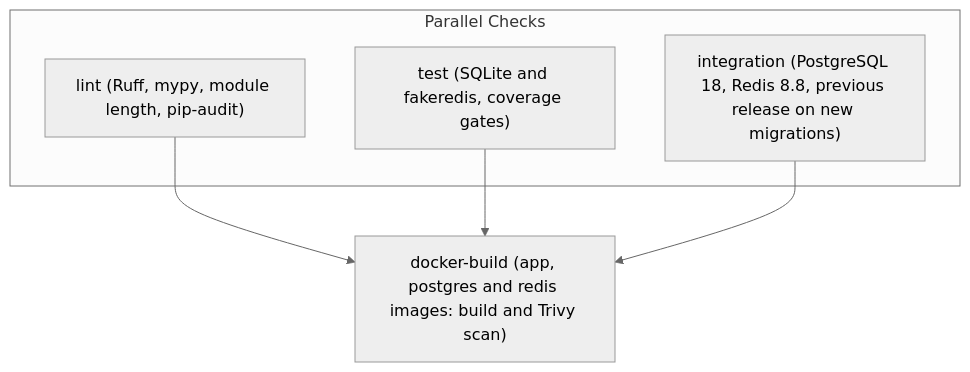
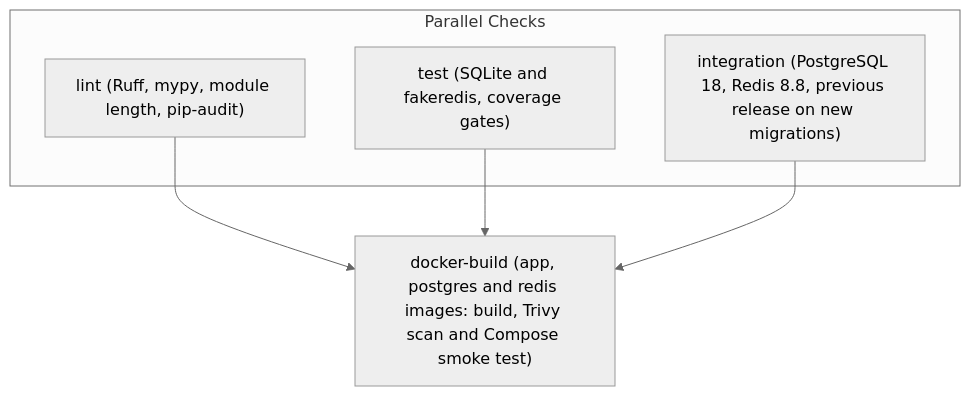
The second of 2 diagrams in docs/TESTING.md (nadeko0/fastapi_e-commerce_backend), drawn with Mermaid (neutral theme) before and after one commit. The commit also changed other lines of this file and 3 other files, not shown here.

````diff
--- a/docs/TESTING.md
+++ b/docs/TESTING.md
@@ -25,11 +25,11 @@
 ```mermaid
 flowchart TD
     subgraph Parallel Checks
         lint["lint (Ruff, mypy, module length, pip-audit)"]
         test["test (SQLite and fakeredis, coverage gates)"]
         integration["integration (PostgreSQL 18, Redis 8.8, previous release on new migrations)"]
     end
-    lint --> docker_build["docker-build (app, postgres and redis images: build and Trivy scan)"]
+    lint --> docker_build["docker-build (app, postgres and redis images: build, Trivy scan and Compose smoke test)"]
     test --> docker_build
     integration --> docker_build
 ```
````
